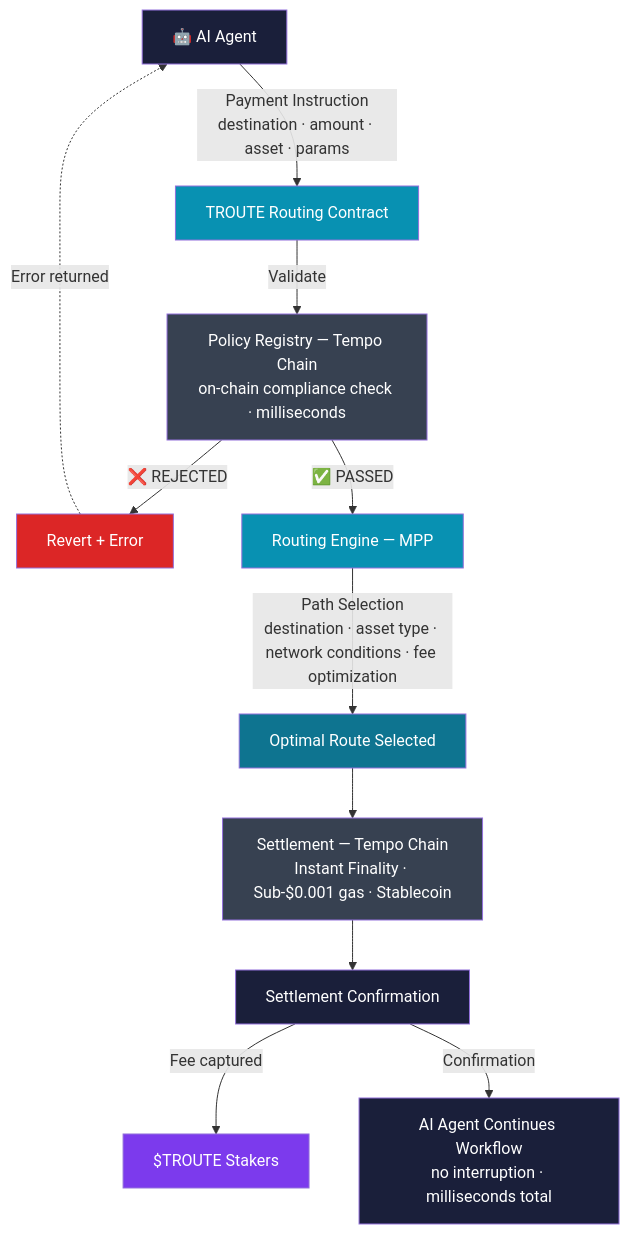
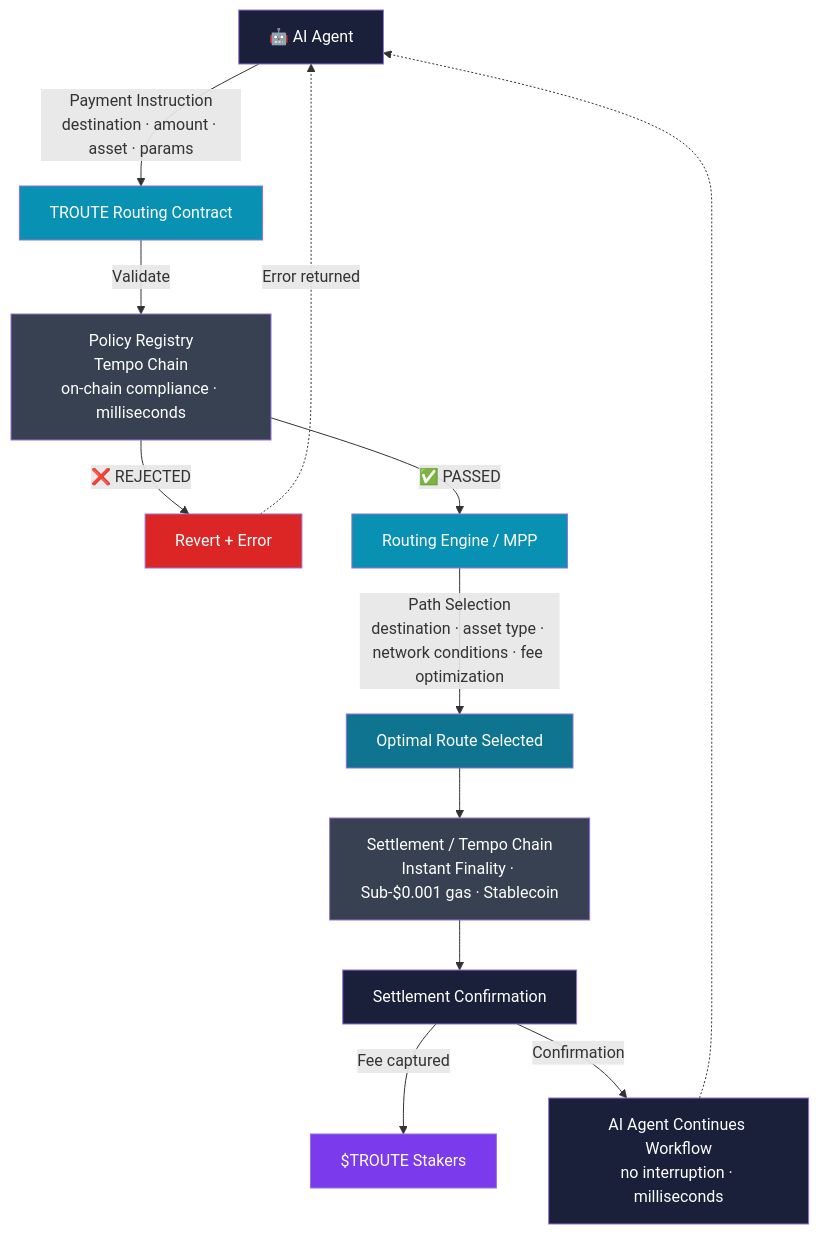
Before and after one commit to diero-hl/troute-docs: the diagram in the-solution.md, drawn with Mermaid.

Commit message:
Update Mermaid diagram with <br/> line breaks and closed loop back to AI Agent

````diff
--- a/the-solution.md
+++ b/the-solution.md
@@ -11,27 +11,25 @@
 ```mermaid
 flowchart TD
     A["🤖 AI Agent"] -->|"Payment Instruction<br/>destination · amount · asset · params"| B["TROUTE Routing Contract"]
-    B -->|Validate| C["Policy Registry — Tempo Chain<br/>on-chain compliance check · milliseconds"]
-
-    C -->|"❌ REJECTED"| R["Revert + Error"]
-    R -.->|"Error returned"| A
-
-    C -->|"✅ PASSED"| D["Routing Engine — MPP"]
-    D -->|"Path Selection<br/>destination · asset type · network conditions · fee optimization"| E["Optimal Route Selected"]
-    E --> F["Settlement — Tempo Chain<br/>Instant Finality · Sub-$0.001 gas · Stablecoin"]
-    F --> G["Settlement Confirmation"]
-
-    G -->|"Fee captured"| S["$TROUTE Stakers"]
-    G -->|"Confirmation"| A2["AI Agent Continues Workflow<br/>no interruption · milliseconds total"]
+    B -->|Validate| C["Policy Registry<br/>Tempo Chain<br/>on-chain compliance · milliseconds"]
+    C -->|"❌ REJECTED"| D["Revert + Error"]
+    D -.->|"Error returned"| A
+    C -->|"✅ PASSED"| E["Routing Engine / MPP"]
+    E -->|"Path Selection<br/>destination · asset type · network conditions · fee optimization"| F["Optimal Route Selected"]
+    F --> G["Settlement / Tempo Chain<br/>Instant Finality · Sub-$0.001 gas · Stablecoin"]
+    G --> H["Settlement Confirmation"]
+    H -->|"Fee captured"| I["$TROUTE Stakers"]
+    H -->|"Confirmation"| J["AI Agent Continues Workflow<br/>no interruption · milliseconds"]
+    J -.-> A
 
     style A fill:#1A1F3A,color:#fff
     style B fill:#0891b2,color:#fff
     style C fill:#374151,color:#fff
-    style R fill:#dc2626,color:#fff
-    style D fill:#0891b2,color:#fff
-    style E fill:#0e7490,color:#fff
-    style F fill:#374151,color:#fff
-    style G fill:#1A1F3A,color:#fff
-    style S fill:#7c3aed,color:#fff
-    style A2 fill:#1A1F3A,color:#fff
+    style D fill:#dc2626,color:#fff
+    style E fill:#0891b2,color:#fff
+    style F fill:#0e7490,color:#fff
+    style G fill:#374151,color:#fff
+    style H fill:#1A1F3A,color:#fff
+    style I fill:#7c3aed,color:#fff
+    style J fill:#1A1F3A,color:#fff
 ```
````
